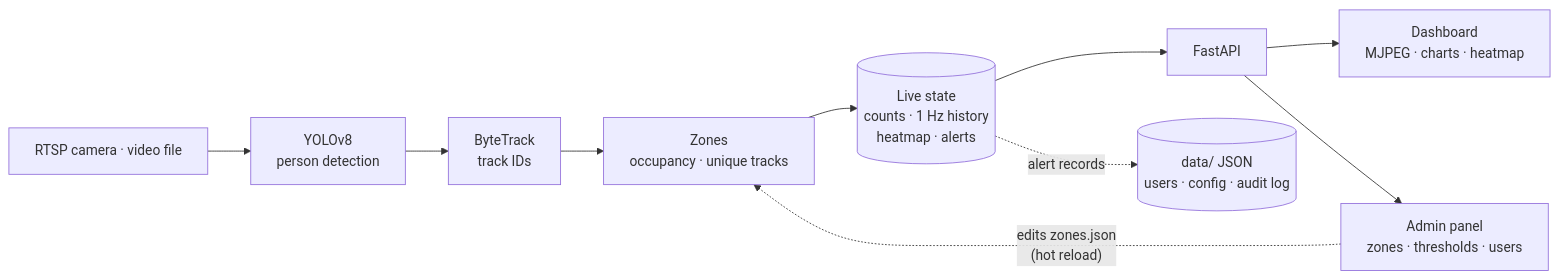
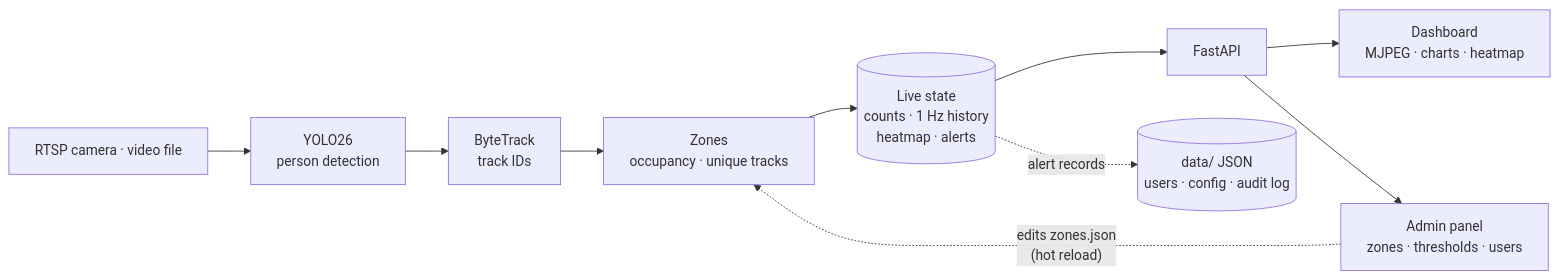
One commit to nvmaditya/CrowdCount changed the diagram in README.md. Above: the diagram before and after it, drawn with Mermaid. The commit also changed other lines of this file and 16 other files, not shown here.

````diff
--- a/README.md
+++ b/README.md
@@ -109,12 +110,12 @@
 ```mermaid
 flowchart LR
-    cam["RTSP camera · video file"] --> det["YOLOv8<br/>person detection"]
+    cam["RTSP camera · video file"] --> det["YOLO26<br/>person detection"]
     det --> trk["ByteTrack<br/>track IDs"]
     trk --> zon["Zones<br/>occupancy · unique tracks"]
     zon --> st[("Live state<br/>counts · 1 Hz history<br/>heatmap · alerts")]
     st --> api["FastAPI"]
     api --> ui["Dashboard<br/>MJPEG · charts · heatmap"]
     api --> adm["Admin panel<br/>zones · thresholds · users"]
     adm -. "edits zones.json<br/>(hot reload)" .-> zon
     st -. "alert records" .-> db[("data/ JSON<br/>users · config · audit log")]
 ```
````
